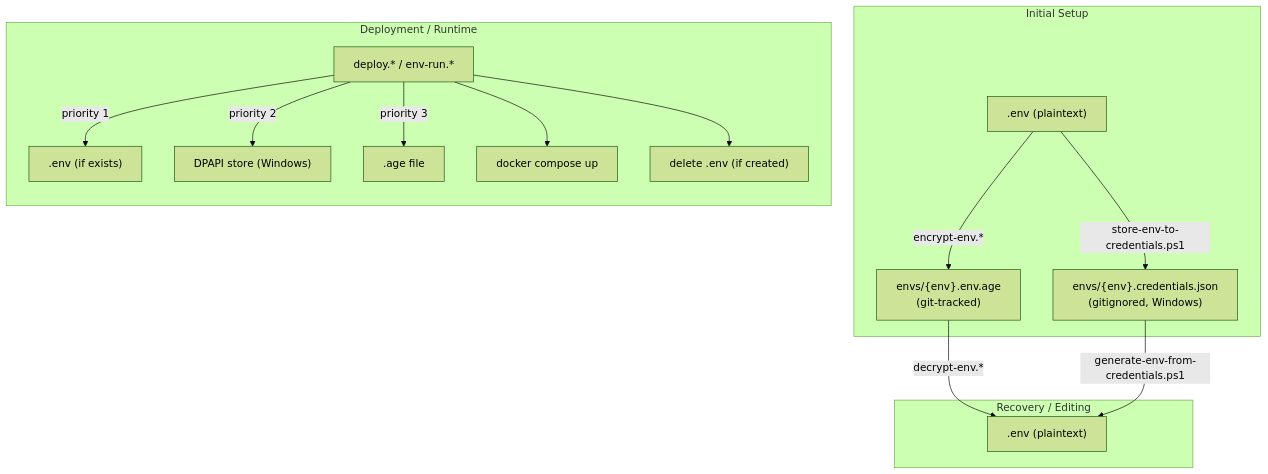
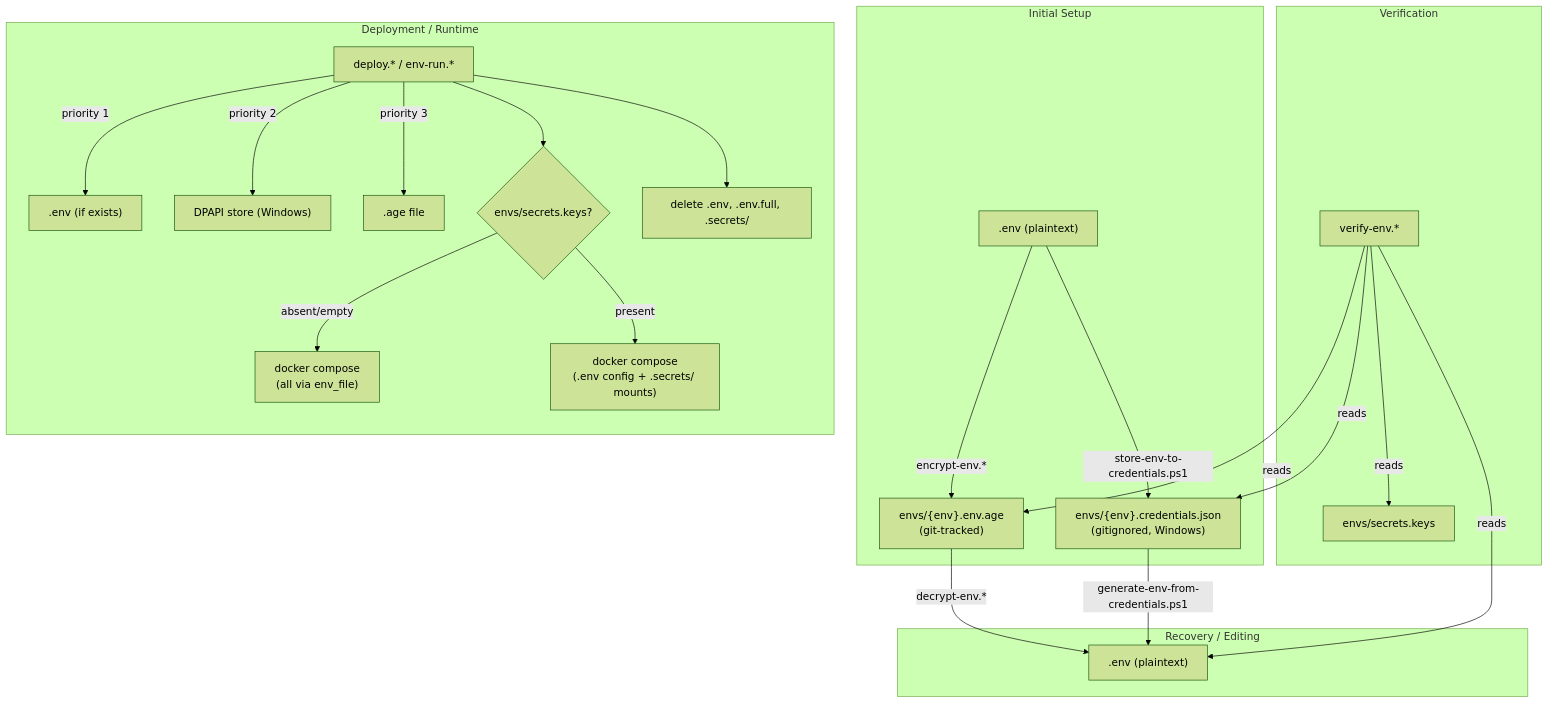
The first of 2 diagrams in docs/ai/implementation/knowledge-env-workflow-scripts.md (Grebec-IT/secure-env-handle), drawn with Mermaid (forest theme) before and after one commit. The commit also changed other lines of this file and 4 other files, not shown here.

First line of the commit message:
Update knowledge docs to v1.5.0 and add Docker secrets documentation

````diff
--- a/docs/ai/implementation/knowledge-env-workflow-scripts.md
+++ b/docs/ai/implementation/knowledge-env-workflow-scripts.md
@@ -155,23 +207,33 @@
 ```mermaid
 flowchart TB
     subgraph "Initial Setup"
         ENV[".env (plaintext)"]
         ENV -->|encrypt-env.*| AGE["envs/{env}.env.age<br/>(git-tracked)"]
         ENV -->|store-env-to-credentials.ps1| DPAPI["envs/{env}.credentials.json<br/>(gitignored, Windows)"]
     end
 
     subgraph "Recovery / Editing"
         AGE -->|decrypt-env.*| ENV2[".env (plaintext)"]
         DPAPI -->|generate-env-from-credentials.ps1| ENV2
     end
 
+    subgraph "Verification"
+        VERIFY["verify-env.*"]
+        VERIFY -->|reads| AGE
+        VERIFY -->|reads| DPAPI
+        VERIFY -->|reads| ENV2
+        VERIFY -->|reads| MANIFEST["envs/secrets.keys"]
+    end
+
     subgraph "Deployment / Runtime"
         direction TB
         DEPLOY["deploy.* / env-run.*"]
         DEPLOY -->|"priority 1"| EXISTING[".env (if exists)"]
         DEPLOY -->|"priority 2"| DPAPI2["DPAPI store (Windows)"]
         DEPLOY -->|"priority 3"| AGE2[".age file"]
-        DEPLOY --> DOCKER["docker compose up"]
-        DEPLOY --> CLEANUP["delete .env (if created)"]
+        DEPLOY --> SPLIT{"envs/secrets.keys?"}
+        SPLIT -->|absent/empty| DOCKER_ENV["docker compose<br/>(all via env_file)"]
+        SPLIT -->|present| DOCKER_SPLIT["docker compose<br/>(.env config + .secrets/ mounts)"]
+        DEPLOY --> CLEANUP["delete .env, .env.full, .secrets/"]
     end
 ```
````
